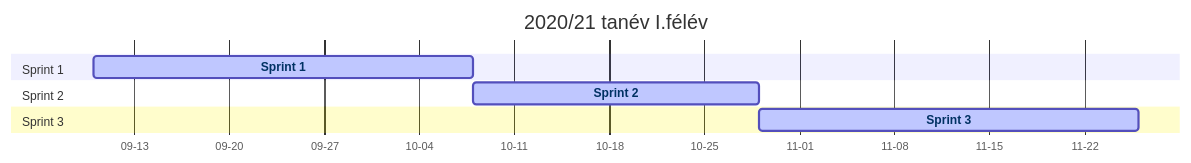
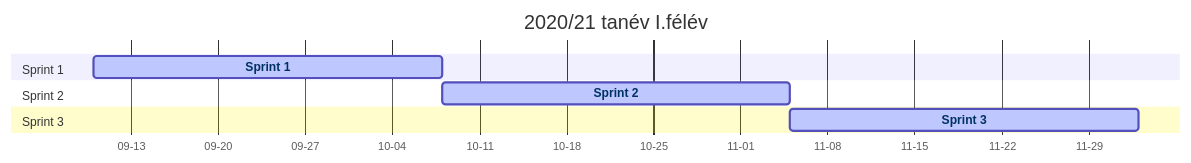
The diagram in src/schedule.md (pintergreg/handout), drawn with Mermaid before and after one commit.

Commit message:
Fix sprint 2 length

```diff
--- a/src/schedule.md
+++ b/src/schedule.md
@@ -26,15 +26,15 @@
 <div class="mermaid">
     gantt
     dateFormat  YYYY-MM-DD
     axisFormat  %m-%d
     title 2020/21 tanév I.félév
     section Sprint 1
         Sprint 1 :active, sprint1, 2020-09-10, 4w
     section Sprint 2
-        Sprint 2 :active, sprint2, after sprint1, 3w
+        Sprint 2 :active, sprint2, after sprint1, 4w
     section Sprint 3
         Sprint 3 :active, sprint3, after sprint2, 4w
     click sprint1 href "./sprint_1.html"
     click sprint2 href "./sprint_2.html"
     click sprint3 href "./sprint_3.html"
 </div>
```
